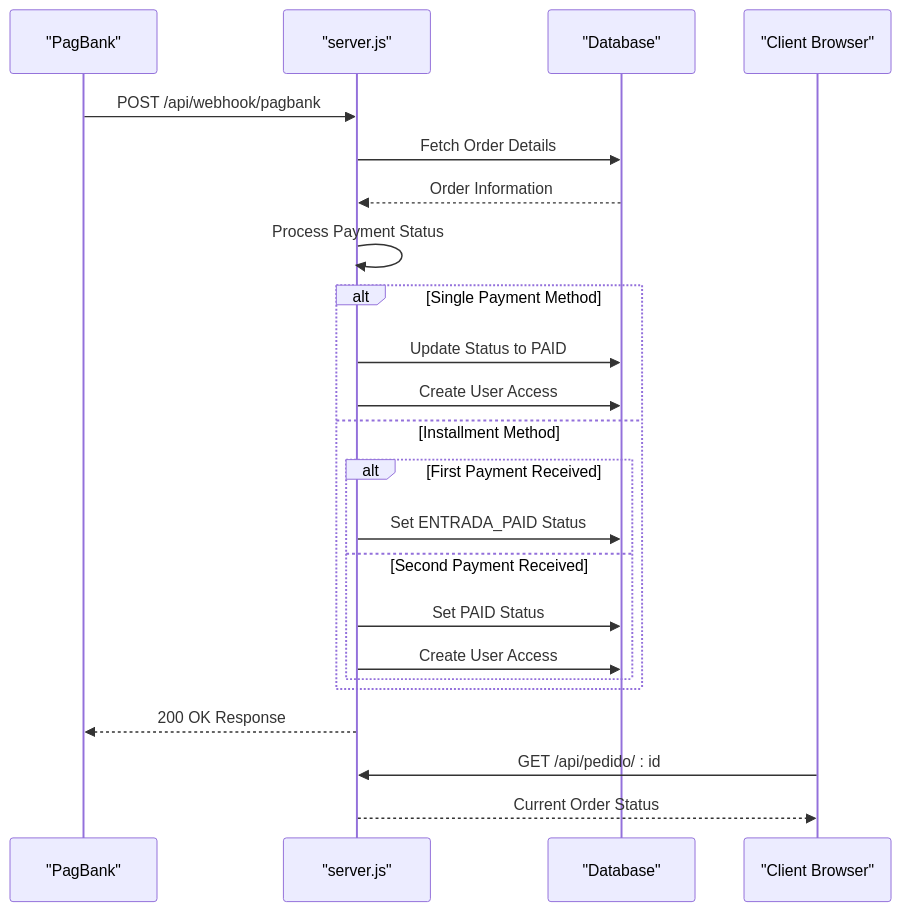
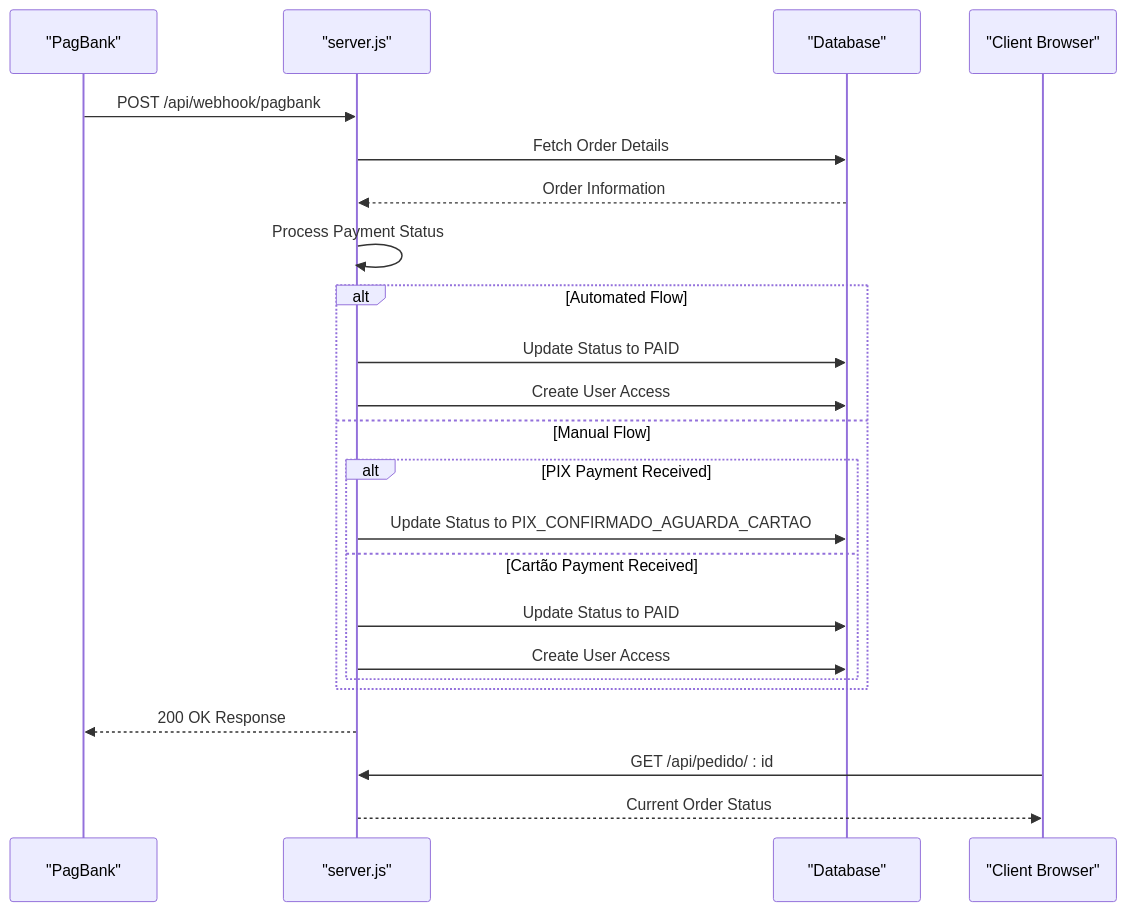
One commit to Alexandrexicara/qretiquetas.com changed the fifth of 14 diagrams in .qoder/repowiki/en/content/Payment System Architecture/Payment System Architecture.md. Above: the diagram before and after it, drawn with Mermaid. The commit also changed other lines of this file and 6 other files, not shown here.

````diff
--- a/.qoder/repowiki/en/content/Payment System Architecture/Payment System Architecture.md
+++ b/.qoder/repowiki/en/content/Payment System Architecture/Payment System Architecture.md
@@ -162,25 +227,25 @@
 ```mermaid
 sequenceDiagram
 participant PagBank as "PagBank"
 participant Server as "server.js"
 participant DB as "Database"
 participant Client as "Client Browser"
 PagBank->>Server : POST /api/webhook/pagbank
 Server->>DB : Fetch Order Details
 DB-->>Server : Order Information
 Server->>Server : Process Payment Status
-alt Single Payment Method
+alt Automated Flow
 Server->>DB : Update Status to PAID
 Server->>DB : Create User Access
-else Installment Method
-alt First Payment Received
-Server->>DB : Set ENTRADA_PAID Status
-else Second Payment Received
-Server->>DB : Set PAID Status
+else Manual Flow
+alt PIX Payment Received
+Server->>DB : Update Status to PIX_CONFIRMADO_AGUARDA_CARTAO
+else Cartão Payment Received
+Server->>DB : Update Status to PAID
 Server->>DB : Create User Access
 end
 end
 Server-->>PagBank : 200 OK Response
 Client->>Server : GET /api/pedido/ : id
 Server-->>Client : Current Order Status
 ```
````
